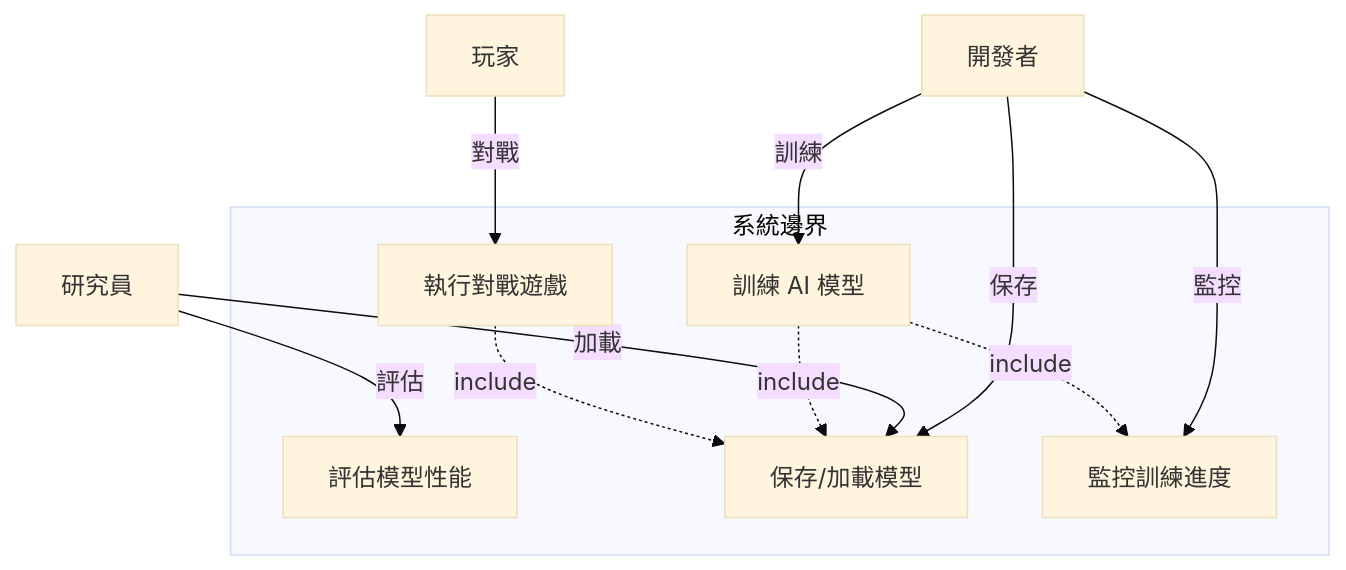
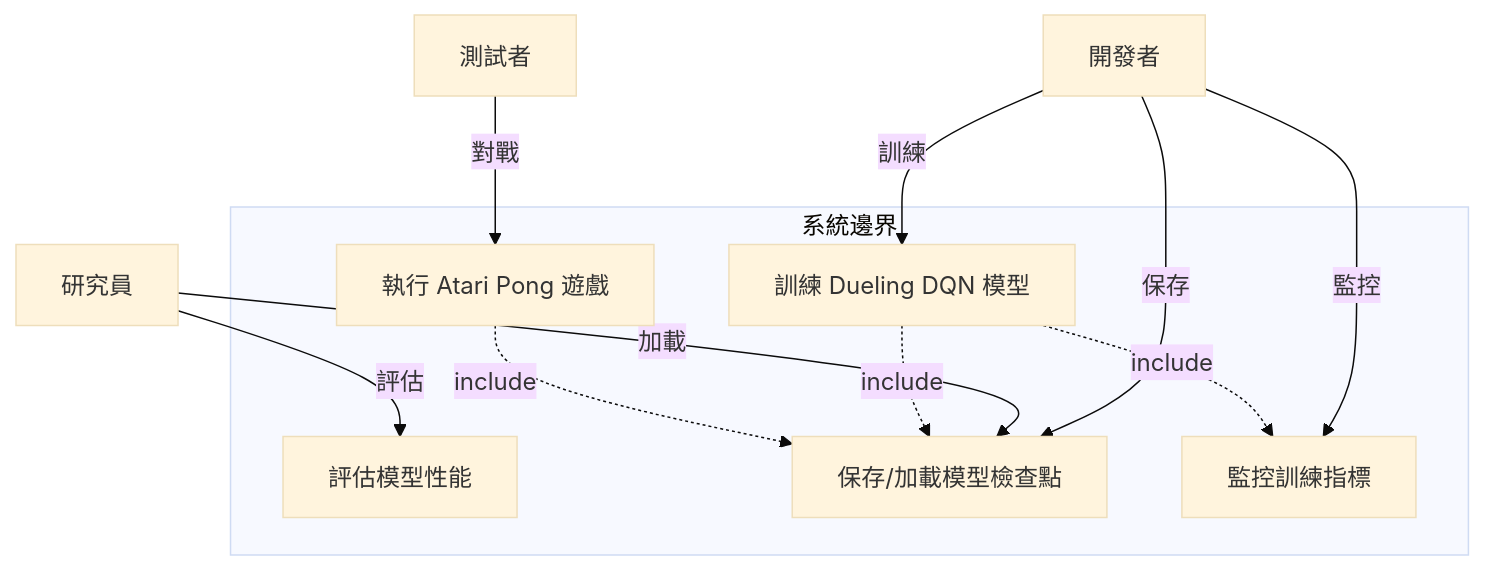
One commit to C111112104/ML_Game changed the first of 8 diagrams in doc/ping-pong-ai-project.md. Above: the diagram before and after it, drawn with Mermaid (base theme). The commit also changed other lines of this file, not shown here.

````diff
--- a/doc/ping-pong-ai-project.md
+++ b/doc/ping-pong-ai-project.md
@@ -94,23 +103,23 @@
 ```mermaid
 graph TB
     subgraph 系統邊界
-        UC1[訓練 AI 模型]
-        UC2[執行對戰遊戲]
+        UC1[訓練 Dueling DQN 模型]
+        UC2[執行 Atari Pong 遊戲]
         UC3[評估模型性能]
-        UC4[保存/加載模型]
-        UC5[監控訓練進度]
+        UC4[保存/加載模型檢查點]
+        UC5[監控訓練指標]
     end
 
     Developer[開發者] -->|訓練| UC1
     Developer -->|保存| UC4
     Developer -->|監控| UC5
 
-    Player[玩家] -->|對戰| UC2
+    Player[測試者] -->|對戰| UC2
 
     Researcher[研究員] -->|評估| UC3
     Researcher -->|加載| UC4
 
     UC1 -.->|include| UC4
     UC1 -.->|include| UC5
     UC2 -.->|include| UC4
 ```
````
